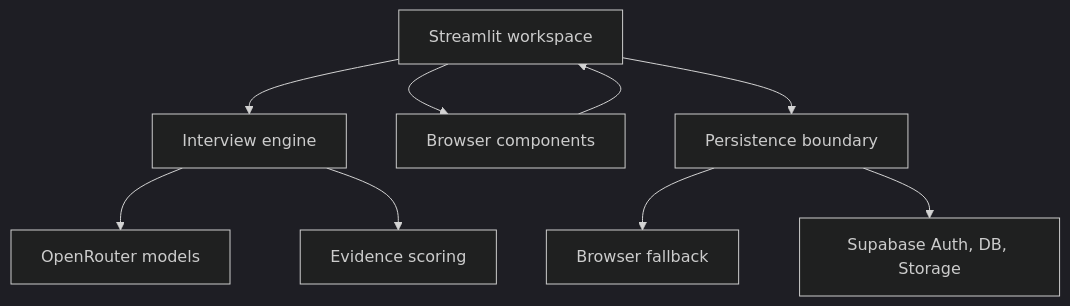
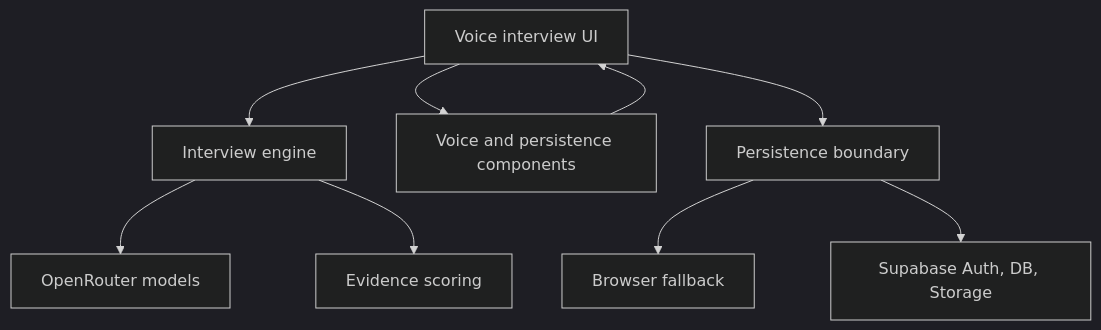
One commit to musagithub1/HireSense_AI changed the diagram in docs/ARCHITECTURE.md. Above: the diagram before and after it, drawn with Mermaid (dark theme). The commit also changed other lines of this file and 6 other files, not shown here.

````diff
--- a/docs/ARCHITECTURE.md
+++ b/docs/ARCHITECTURE.md
@@ -7,11 +8,11 @@
 ```mermaid
 flowchart TD
-    UI["Streamlit workspace"] --> Engine["Interview engine"]
-    UI --> Components["Browser components"]
+    UI["Voice interview UI"] --> Engine["Interview engine"]
+    UI --> Components["Voice and persistence components"]
     Engine --> OpenRouter["OpenRouter models"]
     Engine --> Evidence["Evidence scoring"]
     UI --> Data["Persistence boundary"]
     Components --> UI
     Data --> Browser["Browser fallback"]
     Data --> Supabase["Supabase Auth, DB, Storage"]
 ```
````
